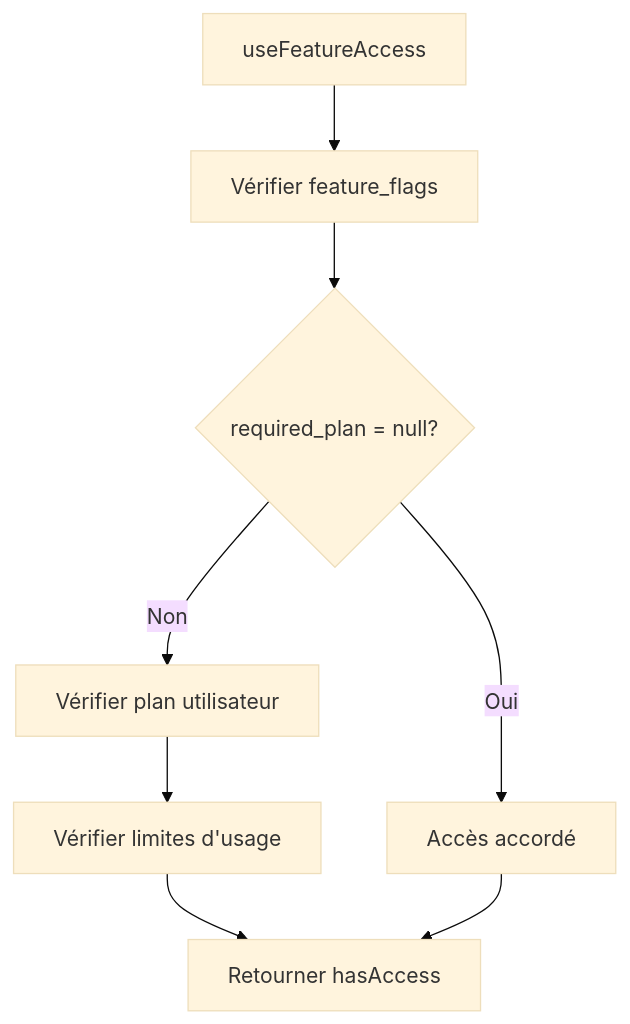
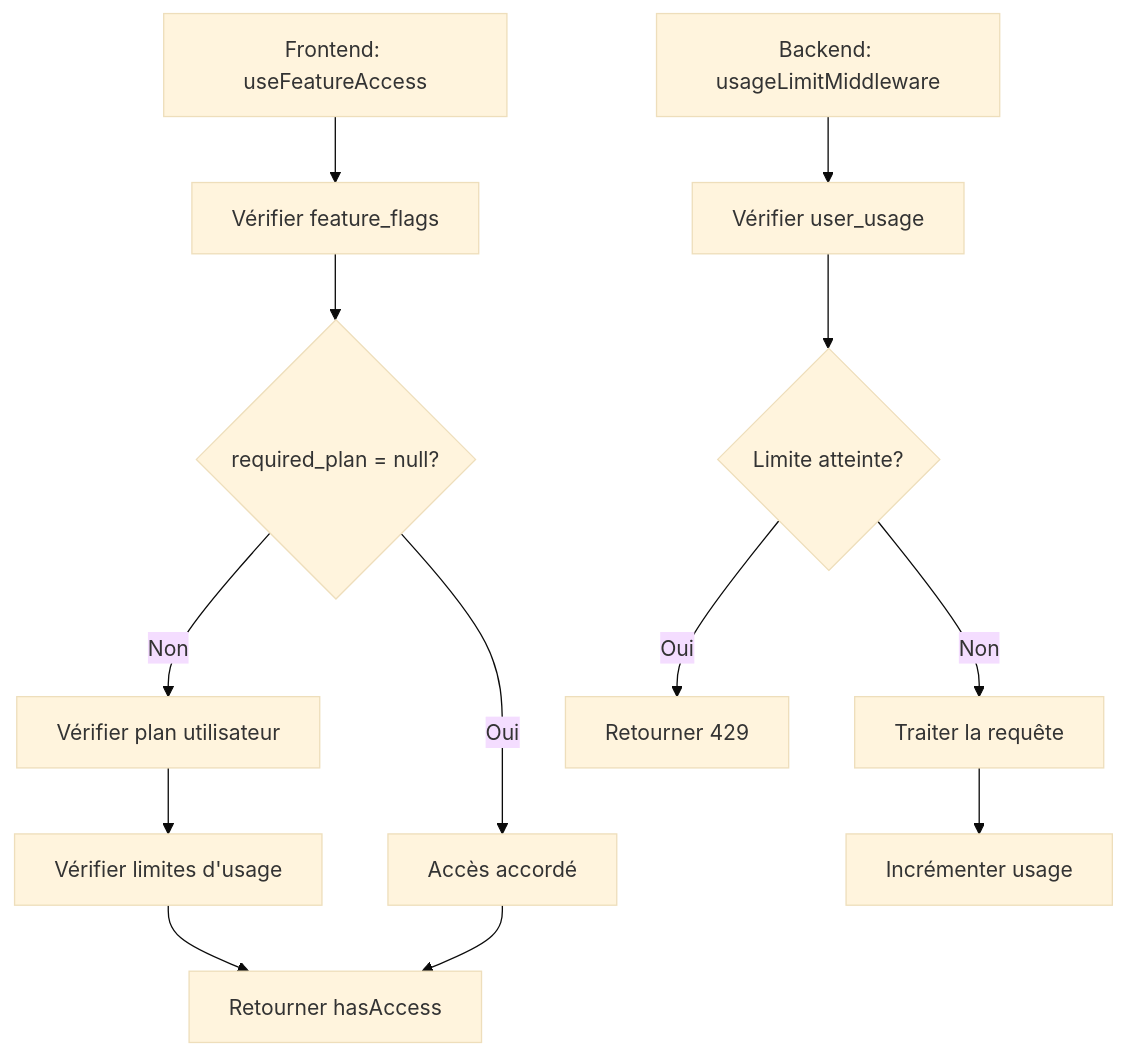
One commit to suarja/ai-edit changed the diagram in docs/commercial/feature-flags-reference.md. Above: the diagram before and after it, drawn with Mermaid (base theme). The commit also changed other lines of this file and 3 other files, not shown here.

First line of the commit message:
refactor(feature-flags): enhance feature flags documentation and structure

````diff
--- a/docs/commercial/feature-flags-reference.md
+++ b/docs/commercial/feature-flags-reference.md
@@ -18,10 +26,16 @@
 ```mermaid
 graph TD
-    A[useFeatureAccess] --> B[Vérifier feature_flags]
+    A[Frontend: useFeatureAccess] --> B[Vérifier feature_flags]
     B --> C{required_plan = null?}
     C -->|Oui| D[Accès accordé]
     C -->|Non| E[Vérifier plan utilisateur]
     E --> F[Vérifier limites d'usage]
     F --> G[Retourner hasAccess]
     D --> G
+
+    H[Backend: usageLimitMiddleware] --> I[Vérifier user_usage]
+    I --> J{Limite atteinte?}
+    J -->|Non| K[Traiter la requête]
+    J -->|Oui| L[Retourner 429]
+    K --> M[Incrémenter usage]
 ```
````
